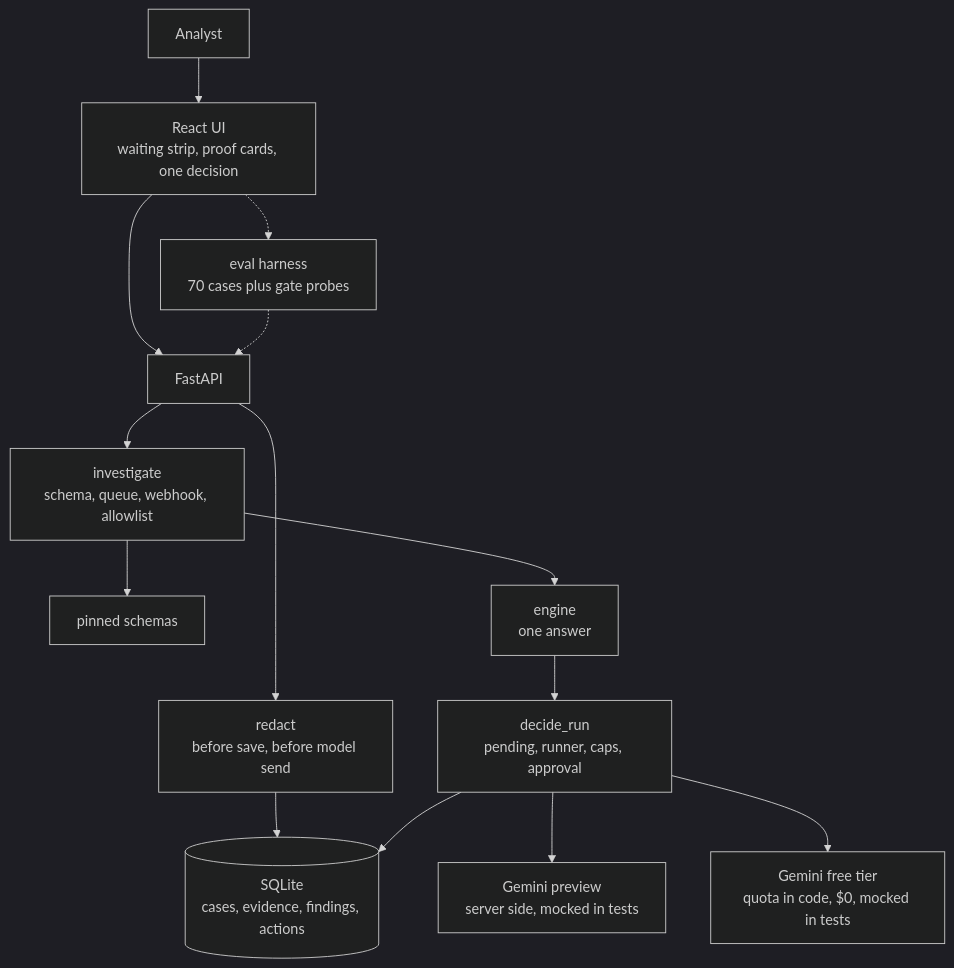
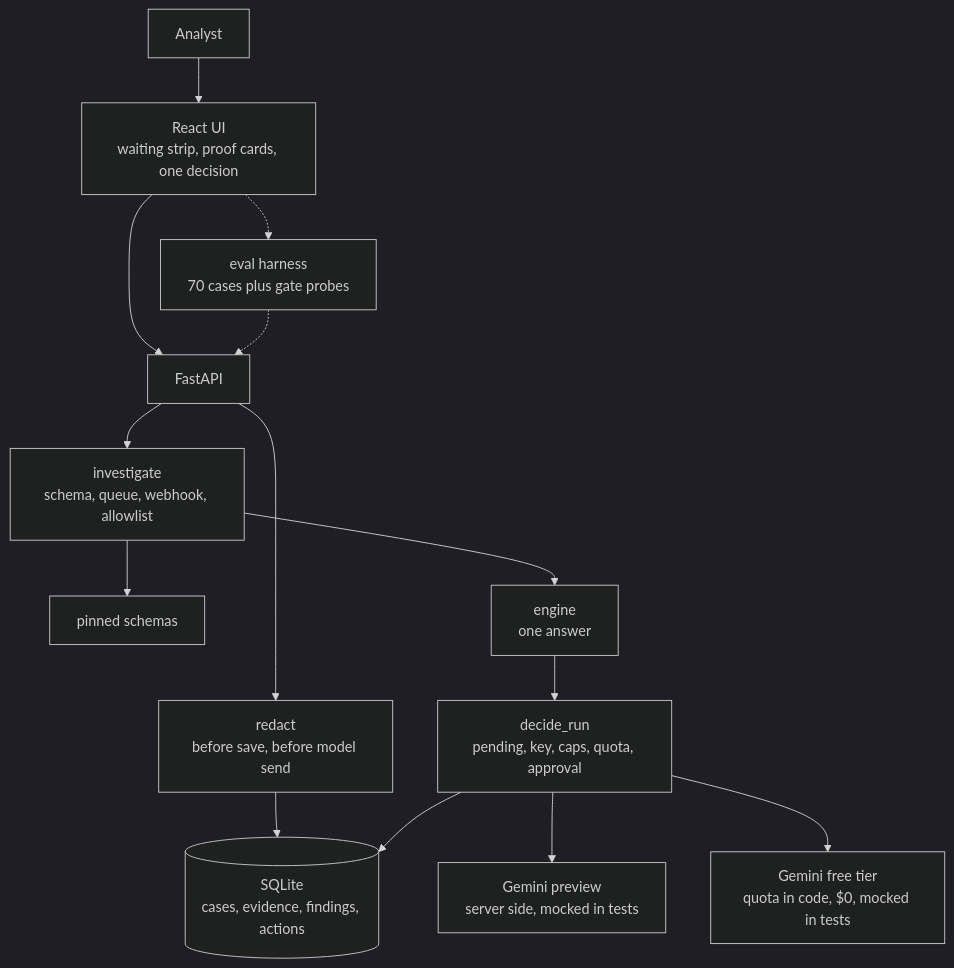
Before and after one commit to sivaratrisrinivas/fal-request-rescue: the diagram in README.md, drawn with Mermaid (dark theme). The commit also changed other lines of this file, not shown here.

Commit message:
docs: live demo urls; fix decide_run gate order in diagram

````diff
--- a/README.md
+++ b/README.md
@@ -109,16 +114,16 @@
 ```mermaid
 flowchart TD
     A[Analyst] --> UI[React UI<br/>waiting strip, proof cards, one decision]
     UI --> API[FastAPI]
     API --> R[redact<br/>before save, before model send]
     R --> DB[(SQLite<br/>cases, evidence, findings, actions)]
     API --> I[investigate<br/>schema, queue, webhook, allowlist]
     I --> SCH[pinned schemas]
     I --> E[engine<br/>one answer]
-    E --> P[decide_run<br/>pending, runner, caps, approval]
+    E --> P[decide_run<br/>pending, key, caps, quota, approval]
     P --> O[Gemini preview<br/>server side, mocked in tests]
     P --> F[Gemini free tier<br/>quota in code, $0, mocked in tests]
     P --> DB
     UI -.-> EV[eval harness<br/>70 cases plus gate probes]
     EV -.-> API
 ```
````
